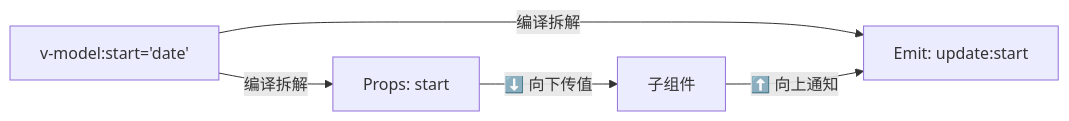
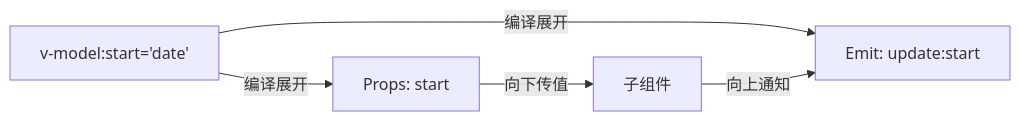
The first of 2 diagrams in docs/posts/Vue3/03_Component_Deep_Dive.md (briefness/LZYBlog), drawn with Mermaid before and after one commit. The commit also changed other lines of this file and 19 other files, not shown here.

````diff
--- a/docs/posts/Vue3/03_Component_Deep_Dive.md
+++ b/docs/posts/Vue3/03_Component_Deep_Dive.md
@@ -12,7 +11,7 @@
 ```mermaid
 flowchart LR
-    VM["v-model:start='date'"] -->|"编译拆解"| P["Props: start"]
-    VM -->|"编译拆解"| E["Emit: update:start"]
-    P -->|"⬇️ 向下传值"| Child["子组件"]
-    Child -->|"⬆️ 向上通知"| E
+    VM["v-model:start='date'"] -->|"编译展开"| P["Props: start"]
+    VM -->|"编译展开"| E["Emit: update:start"]
+    P -->|"向下传值"| Child["子组件"]
+    Child -->|"向上通知"| E
 ```
````
